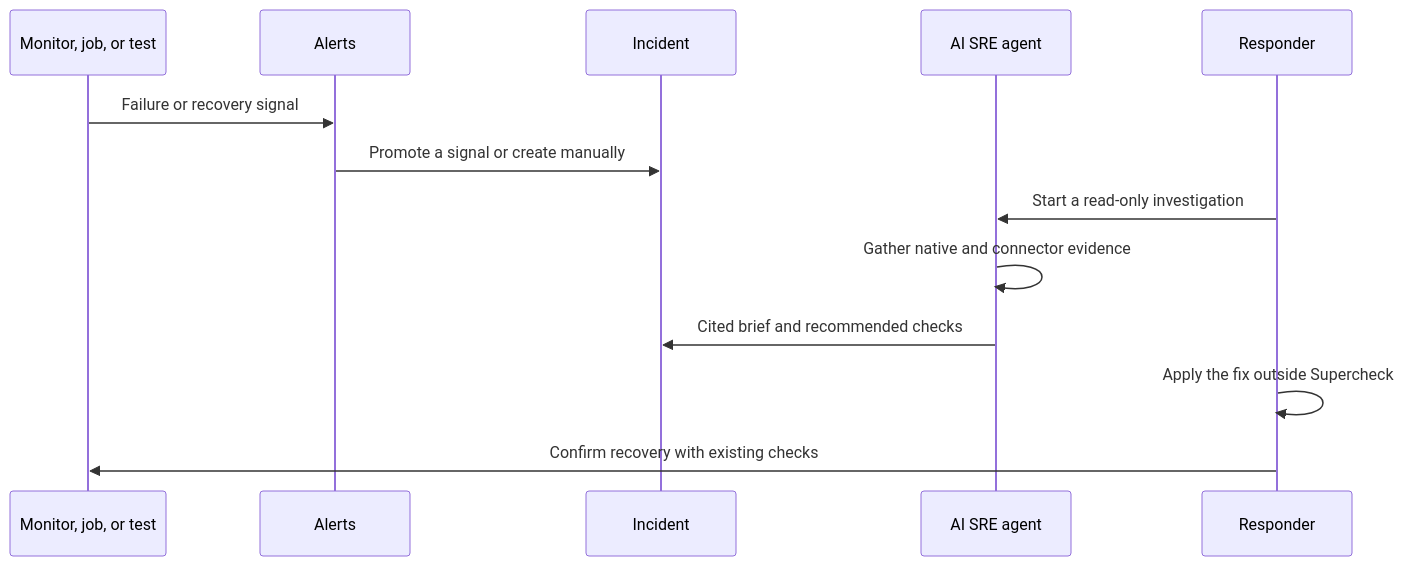
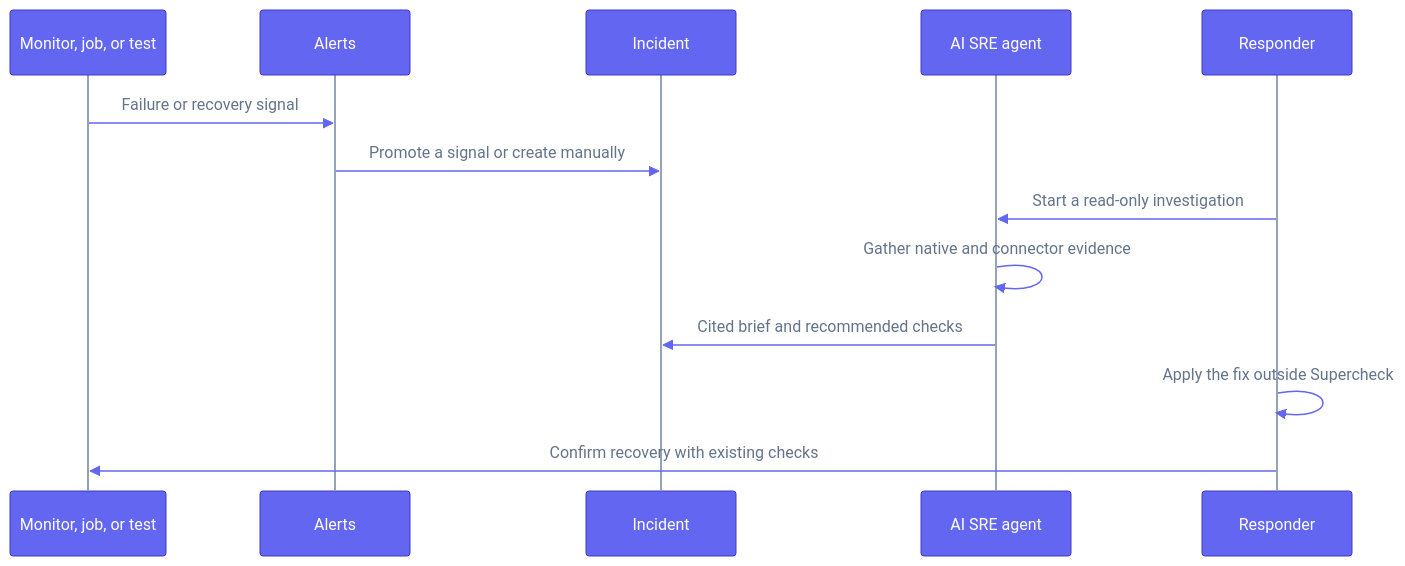
The second of 2 diagrams in docs/content/docs/app/investigate/index.mdx (supercheck-io/supercheck), drawn with Mermaid before and after one commit. The commit also changed 11 other files, not shown here.

First line of the commit message:
docs: theme sequence diagrams to match architecture and add new ones

````diff
--- a/docs/content/docs/app/investigate/index.mdx
+++ b/docs/content/docs/app/investigate/index.mdx
@@ -31,16 +31,17 @@
 ```mermaid
+%%{init: {"theme":"base","themeVariables":{"fontFamily":"ui-sans-serif, system-ui, -apple-system, Segoe UI, Roboto, sans-serif","primaryColor":"#6366f1","primaryTextColor":"#ffffff","primaryBorderColor":"#4338ca","lineColor":"#94a3b8","actorBkg":"#6366f1","actorBorder":"#4338ca","actorTextColor":"#ffffff","actorLineColor":"#94a3b8","signalColor":"#6366f1","signalTextColor":"#64748b","labelBoxBkgColor":"#f59e0b","labelBoxBorderColor":"#b45309","labelTextColor":"#ffffff","loopTextColor":"#64748b","activationBkgColor":"#8b5cf6","activationBorderColor":"#6d28d9","noteBkgColor":"#f59e0b","noteBorderColor":"#b45309","noteTextColor":"#ffffff","textColor":"#64748b","mainBkg":"#ffffff"}}}%%
 sequenceDiagram
     participant Check as Monitor, job, or test
     participant Alert as Alerts
     participant Incident as Incident
     participant Agent as AI SRE agent
     participant Human as Responder
 
     Check->>Alert: Failure or recovery signal
     Alert->>Incident: Promote a signal or create manually
     Human->>Agent: Start a read-only investigation
     Agent->>Agent: Gather native and connector evidence
     Agent->>Incident: Cited brief and recommended checks
     Human->>Human: Apply the fix outside Supercheck
     Human->>Check: Confirm recovery with existing checks
 ```
````
